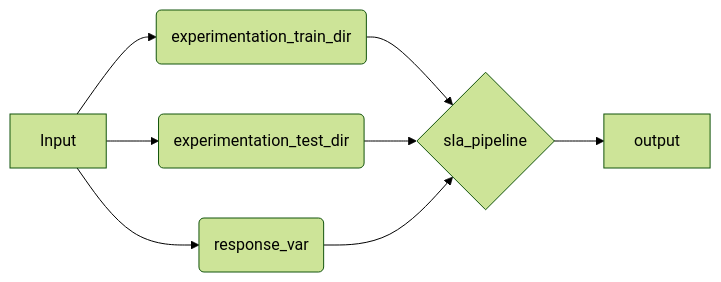
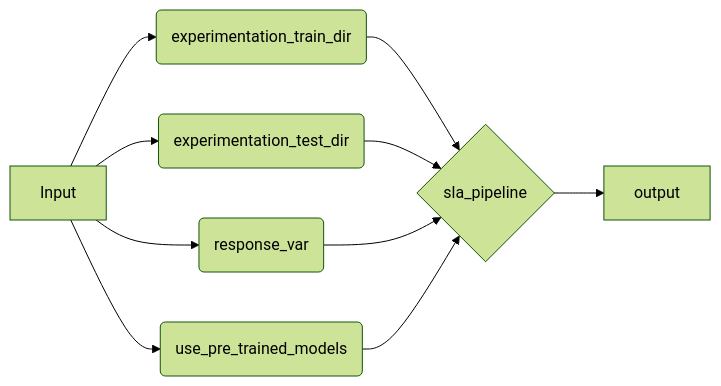
Before and after one commit to pdkengne/evops_manual: the second of 7 diagrams in model-operations.qmd, drawn with Mermaid (forest theme). The commit also changed other lines of this file and 9 other files, not shown here.

Commit message:
add option to use pre-trained models

````diff
--- a/model-operations.qmd
+++ b/model-operations.qmd
@@ -68,10 +79,12 @@
 ```{mermaid}
 flowchart LR
   I[Input] --> A(experimentation_train_dir)
   I[Input] --> B(experimentation_test_dir)
   I[Input] --> C(response_var)
+  I[Input] --> C1(use_pre_trained_models)
   A --> D{sla_pipeline}
   B --> D
   C --> D
+  C1 --> D
   D --> O[output]
 ```
````
